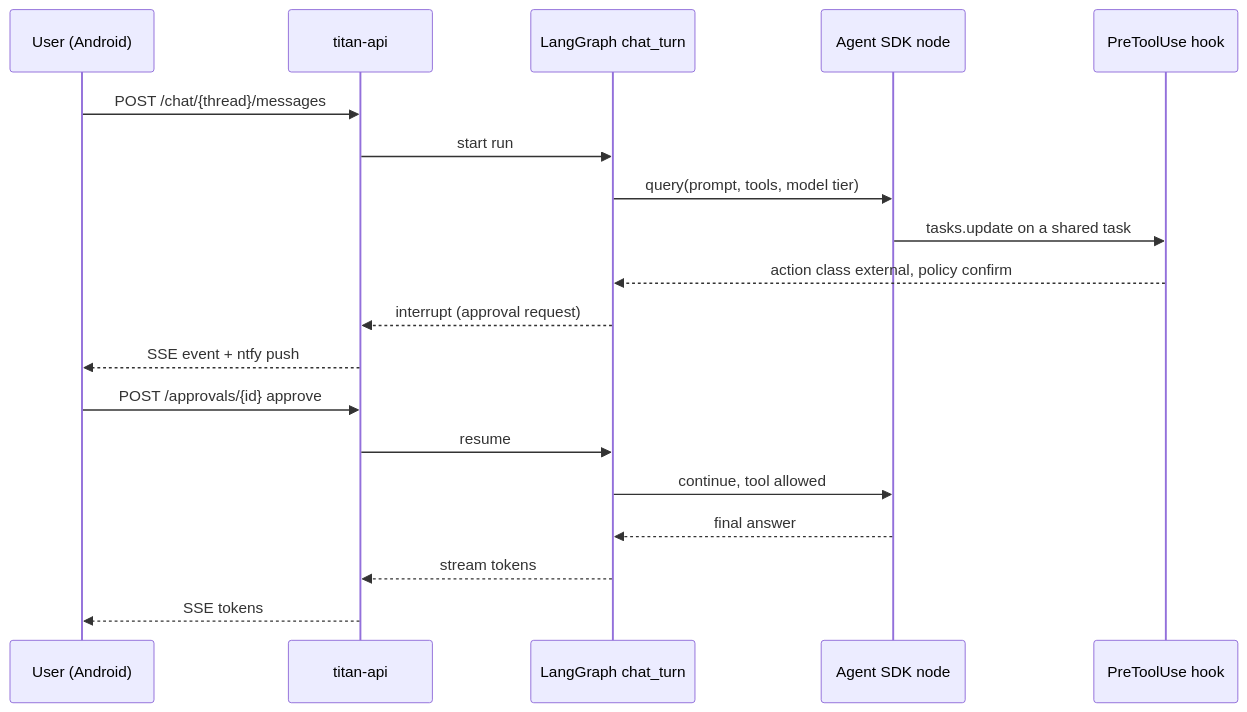
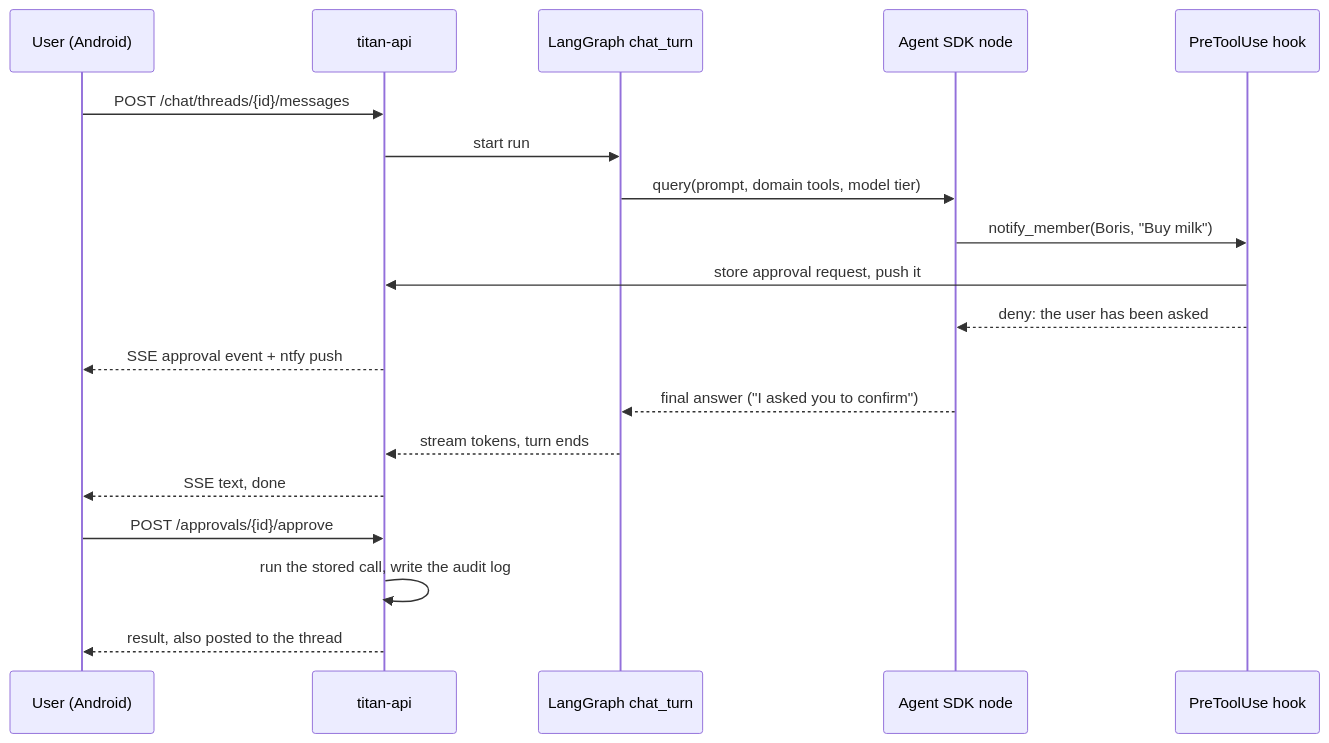
One commit to vlukyanets/titan changed the second of 2 diagrams in docs/architecture/overview.md. Above: the diagram before and after it, drawn with Mermaid. The commit also changed other lines of this file and 7 other files, not shown here.

````diff
--- a/docs/architecture/overview.md
+++ b/docs/architecture/overview.md
@@ -118,21 +120,21 @@
 ```mermaid
 sequenceDiagram
     participant U as User (Android)
     participant API as titan-api
     participant G as LangGraph chat_turn
     participant SDK as Agent SDK node
     participant H as PreToolUse hook
-    U->>API: POST /chat/{thread}/messages
+    U->>API: POST /chat/threads/{id}/messages
     API->>G: start run
-    G->>SDK: query(prompt, tools, model tier)
-    SDK->>H: tasks.update on a shared task
-    H-->>G: action class external, policy confirm
-    G-->>API: interrupt (approval request)
-    API-->>U: SSE event + ntfy push
-    U->>API: POST /approvals/{id} approve
-    API->>G: resume
-    G->>SDK: continue, tool allowed
-    SDK-->>G: final answer
-    G-->>API: stream tokens
-    API-->>U: SSE tokens
+    G->>SDK: query(prompt, domain tools, model tier)
+    SDK->>H: notify_member(Boris, "Buy milk")
+    H->>API: store approval request, push it
+    H-->>SDK: deny: the user has been asked
+    API-->>U: SSE approval event + ntfy push
+    SDK-->>G: final answer ("I asked you to confirm")
+    G-->>API: stream tokens, turn ends
+    API-->>U: SSE text, done
+    U->>API: POST /approvals/{id}/approve
+    API->>API: run the stored call, write the audit log
+    API-->>U: result, also posted to the thread
 ```
````
